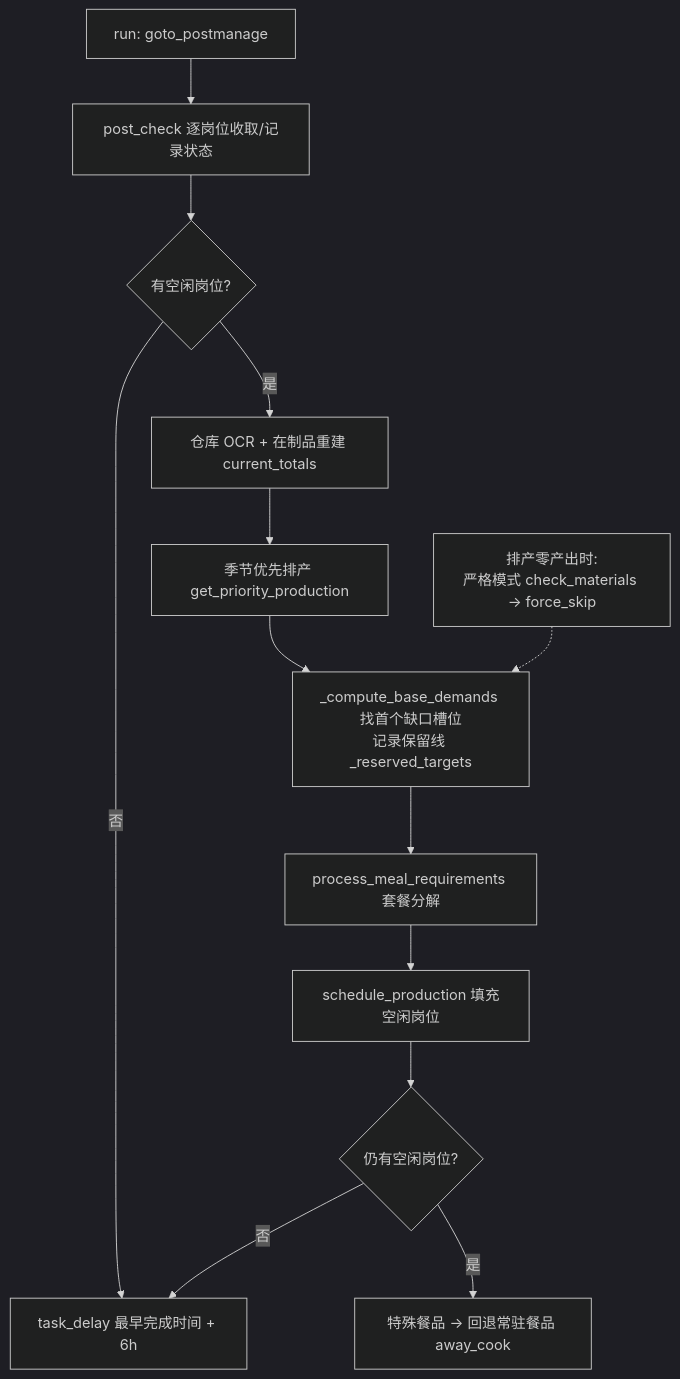
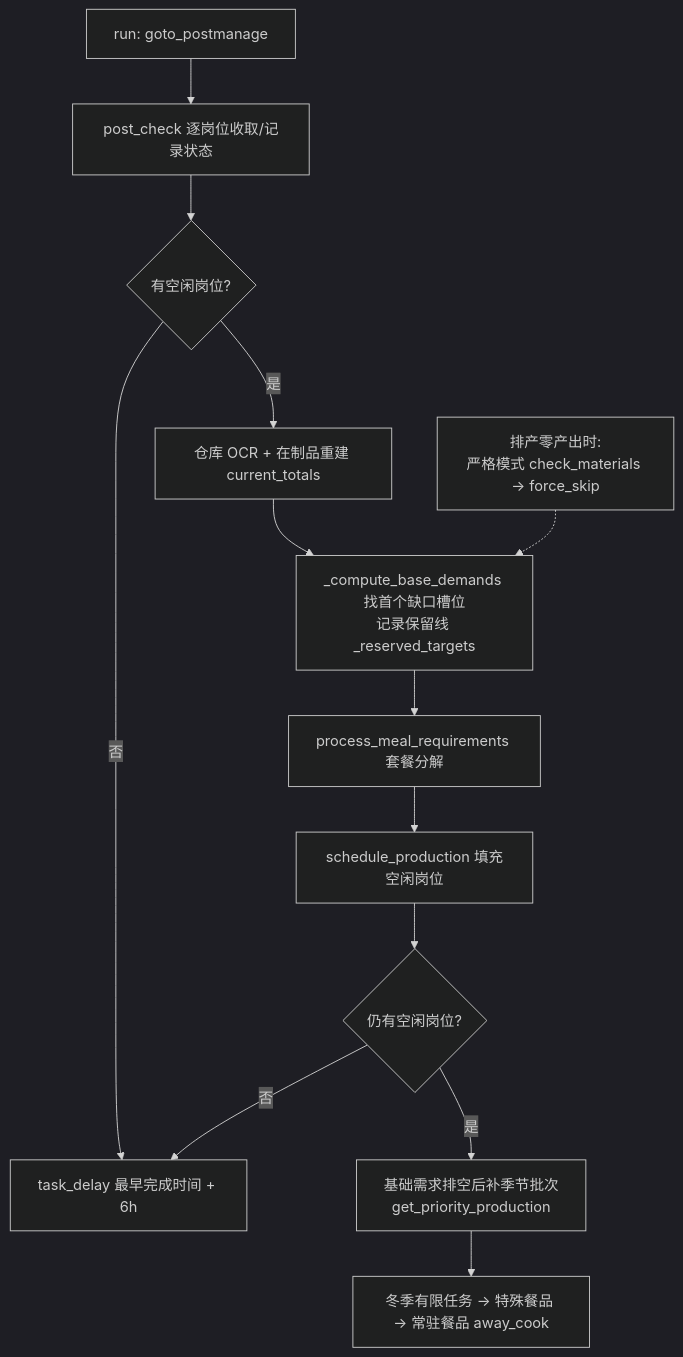
One commit to NieRMHY/ALAS-NieRMHY changed the first of 2 diagrams in docs/modules/game/island.md. Above: the diagram before and after it, drawn with Mermaid (dark theme). The commit also changed other lines of this file and 8 other files, not shown here.

````diff
--- a/docs/modules/game/island.md
+++ b/docs/modules/game/island.md
@@ -133,15 +133,15 @@
 ```mermaid
 flowchart TD
     A[run: goto_postmanage] --> B[post_check 逐岗位收取/记录状态]
     B --> C{有空闲岗位?}
     C -- 否 --> Z[task_delay 最早完成时间 + 6h]
     C -- 是 --> D[仓库 OCR + 在制品重建 current_totals]
-    D --> E[季节优先排产 get_priority_production]
-    E --> F[_compute_base_demands 找首个缺口槽位<br>记录保留线 _reserved_targets]
+    D --> F[_compute_base_demands 找首个缺口槽位<br>记录保留线 _reserved_targets]
     F --> G[process_meal_requirements 套餐分解]
     G --> H[schedule_production 填充空闲岗位]
     H --> I{仍有空闲岗位?}
-    I -- 是 --> J[特殊餐品 → 回退常驻餐品 away_cook]
+    I -- 是 --> E[基础需求排空后补季节批次<br>get_priority_production]
+    E --> J[冬季有限任务 → 特殊餐品 → 常驻餐品 away_cook]
     I -- 否 --> Z
     K[排产零产出时:<br>严格模式 check_materials → force_skip] -.-> F
 ```
````
